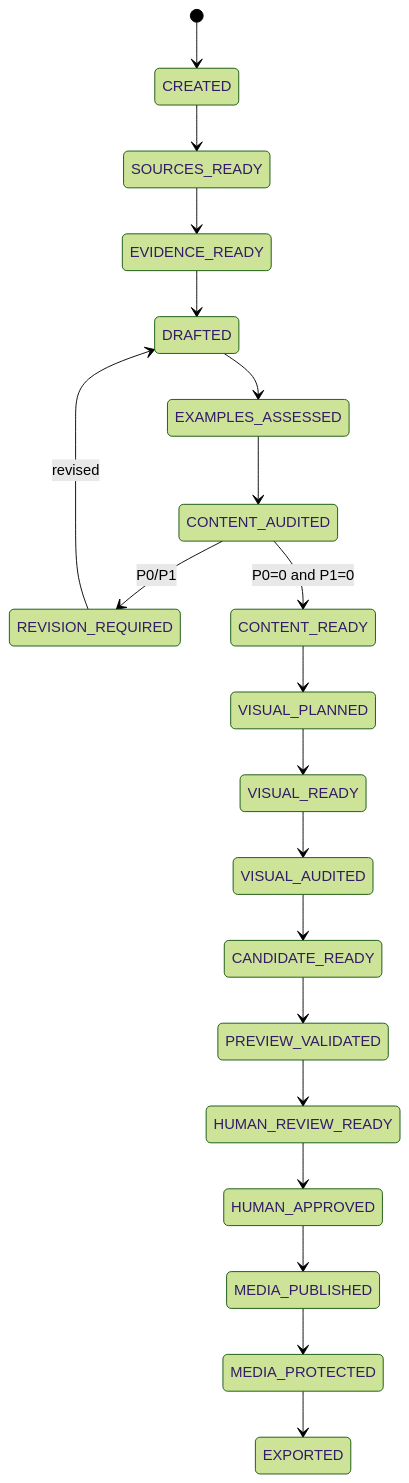
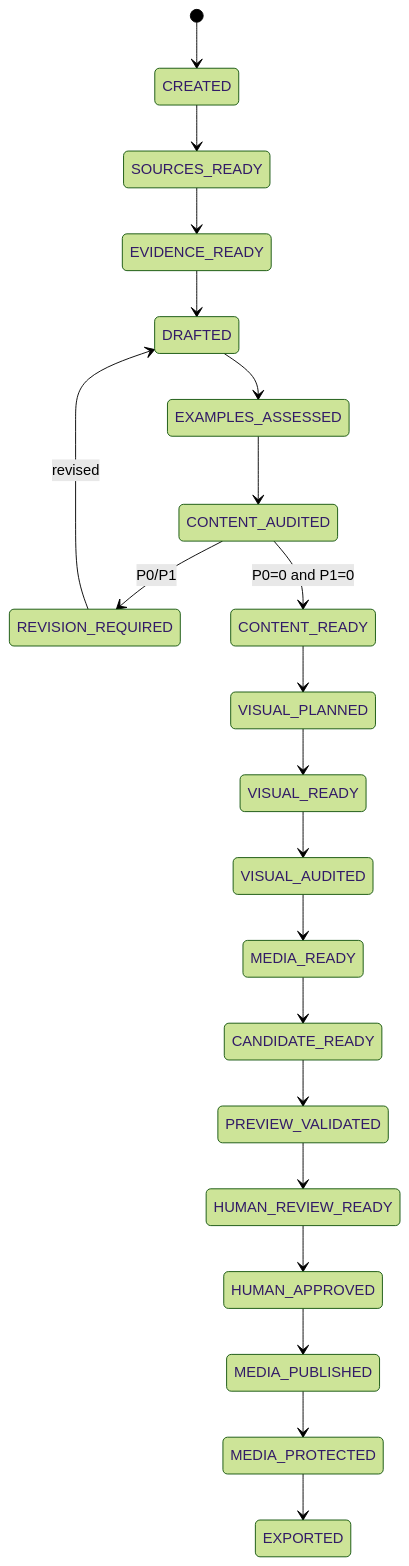
Before and after one commit to Xpotato1024/xpotato-site: the diagram in docs/architecture/article-state-machine.md, drawn with Mermaid (forest theme). The commit also changed other lines of this file, not shown here.

Commit message:
Add media-ready gate after visual audit

````diff
--- a/docs/architecture/article-state-machine.md
+++ b/docs/architecture/article-state-machine.md
@@ -39,22 +40,23 @@
 ```mermaid
 stateDiagram-v2
     [*] --> CREATED
     CREATED --> SOURCES_READY
     SOURCES_READY --> EVIDENCE_READY
     EVIDENCE_READY --> DRAFTED
     DRAFTED --> EXAMPLES_ASSESSED
     EXAMPLES_ASSESSED --> CONTENT_AUDITED
     CONTENT_AUDITED --> REVISION_REQUIRED: P0/P1
     REVISION_REQUIRED --> DRAFTED: revised
     CONTENT_AUDITED --> CONTENT_READY: P0=0 and P1=0
     CONTENT_READY --> VISUAL_PLANNED
     VISUAL_PLANNED --> VISUAL_READY
     VISUAL_READY --> VISUAL_AUDITED
-    VISUAL_AUDITED --> CANDIDATE_READY
+    VISUAL_AUDITED --> MEDIA_READY
+    MEDIA_READY --> CANDIDATE_READY
     CANDIDATE_READY --> PREVIEW_VALIDATED
     PREVIEW_VALIDATED --> HUMAN_REVIEW_READY
     HUMAN_REVIEW_READY --> HUMAN_APPROVED
     HUMAN_APPROVED --> MEDIA_PUBLISHED
     MEDIA_PUBLISHED --> MEDIA_PROTECTED
     MEDIA_PROTECTED --> EXPORTED
 ```
````
